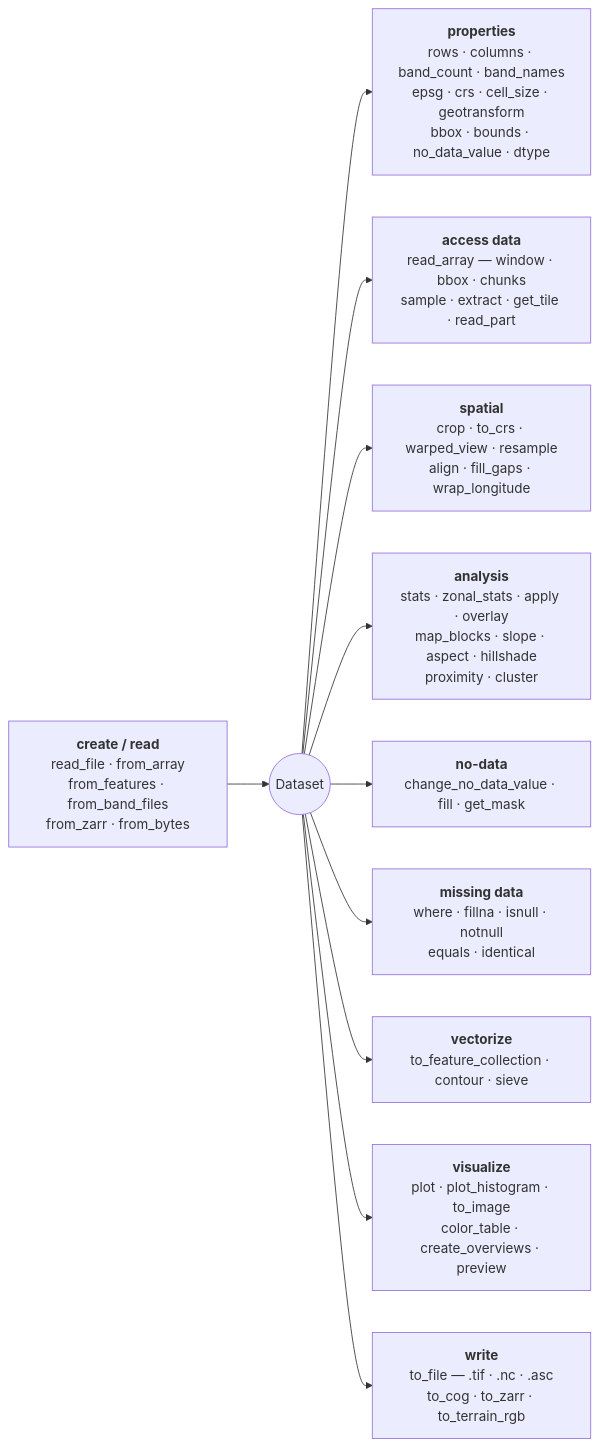
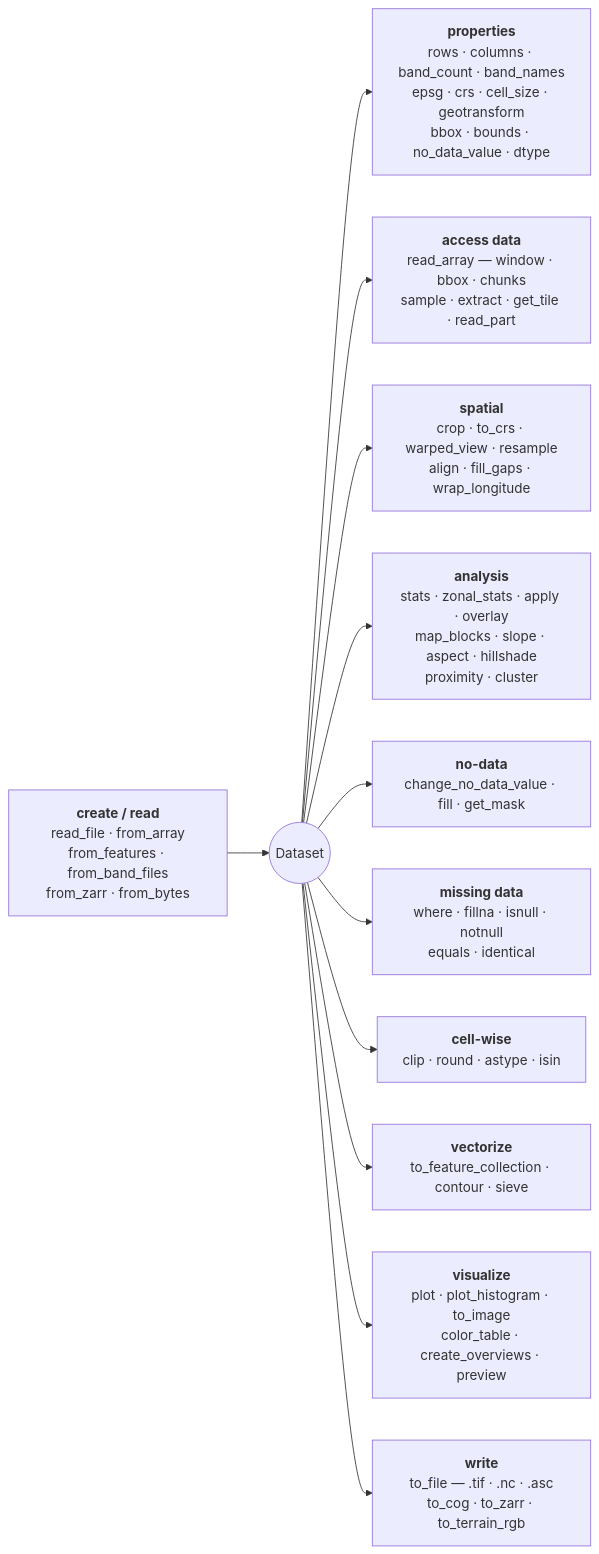
Before and after one commit to serapeum-org/pyramids: the first of 4 diagrams in docs/reference/dataset/index.md, drawn with Mermaid. The commit also changed 12 other files, not shown here.

First line of the commit message:
feat(dataset,netcdf)!: clip, round and cast cell values; window, drop and sort bands (#1187)

````diff
--- a/docs/reference/dataset/index.md
+++ b/docs/reference/dataset/index.md
@@ -5,14 +5,15 @@
 ```mermaid
 flowchart LR
     CR["<b>create / read</b><br/>read_file · from_array<br/>from_features · from_band_files<br/>from_zarr · from_bytes"] --> DS(("Dataset"))
 
     DS --> PR["<b>properties</b><br/>rows · columns · band_count · band_names<br/>epsg · crs · cell_size · geotransform<br/>bbox · bounds · no_data_value · dtype"]
     DS --> AC["<b>access data</b><br/>read_array — window · bbox · chunks<br/>sample · extract · get_tile · read_part"]
     DS --> SP["<b>spatial</b><br/>crop · to_crs · warped_view · resample<br/>align · fill_gaps · wrap_longitude"]
     DS --> AN["<b>analysis</b><br/>stats · zonal_stats · apply · overlay<br/>map_blocks · slope · aspect · hillshade<br/>proximity · cluster"]
     DS --> ND["<b>no-data</b><br/>change_no_data_value · fill · get_mask"]
     DS --> MD["<b>missing data</b><br/>where · fillna · isnull · notnull<br/>equals · identical"]
+    DS --> CW["<b>cell-wise</b><br/>clip · round · astype · isin"]
     DS --> VE["<b>vectorize</b><br/>to_feature_collection · contour · sieve"]
     DS --> VI["<b>visualize</b><br/>plot · plot_histogram · to_image<br/>color_table · create_overviews · preview"]
     DS --> WR["<b>write</b><br/>to_file — .tif · .nc · .asc<br/>to_cog · to_zarr · to_terrain_rgb"]
 ```
````
